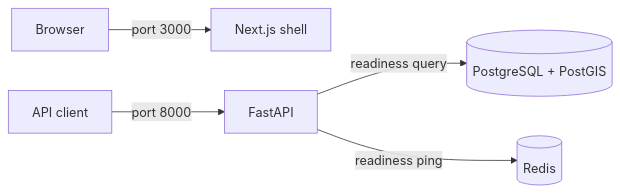
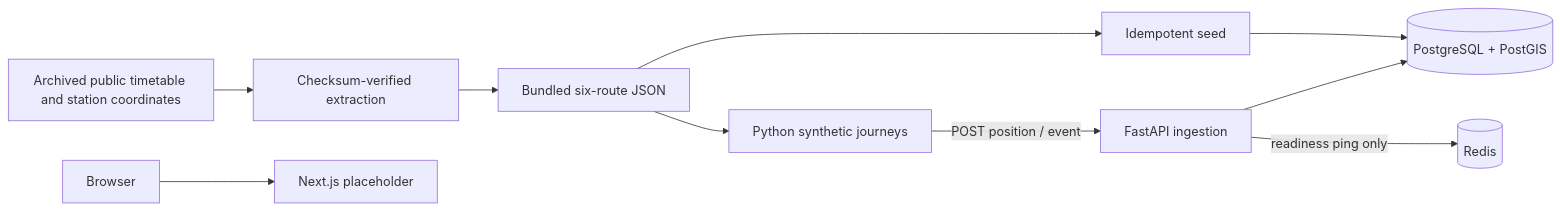
The diagram in docs/architecture.md (anujparwal/sih-eta), drawn with Mermaid before and after one commit. The commit also changed other lines of this file and 40 other files, not shown here.

Commit message:
feat: add sourced rail network and synthetic telemetry simulator

````diff
--- a/docs/architecture.md
+++ b/docs/architecture.md
@@ -8,7 +8,12 @@
 ```mermaid
 flowchart LR
-  Browser -->|port 3000| Frontend[Next.js shell]
-  Client[API client] -->|port 8000| API[FastAPI]
-  API -->|readiness query| DB[(PostgreSQL + PostGIS)]
-  API -->|readiness ping| Cache[(Redis)]
+  Sources[Archived public timetable and station coordinates] --> Extract[Checksum-verified extraction]
+  Extract --> Fixture[Bundled six-route JSON]
+  Fixture --> Seed[Idempotent seed]
+  Seed --> DB[(PostgreSQL + PostGIS)]
+  Fixture --> Simulator[Python synthetic journeys]
+  Simulator -->|POST position / event| API[FastAPI ingestion]
+  API --> DB
+  API -->|readiness ping only| Redis[(Redis)]
+  Browser --> Frontend[Next.js placeholder]
 ```
````
